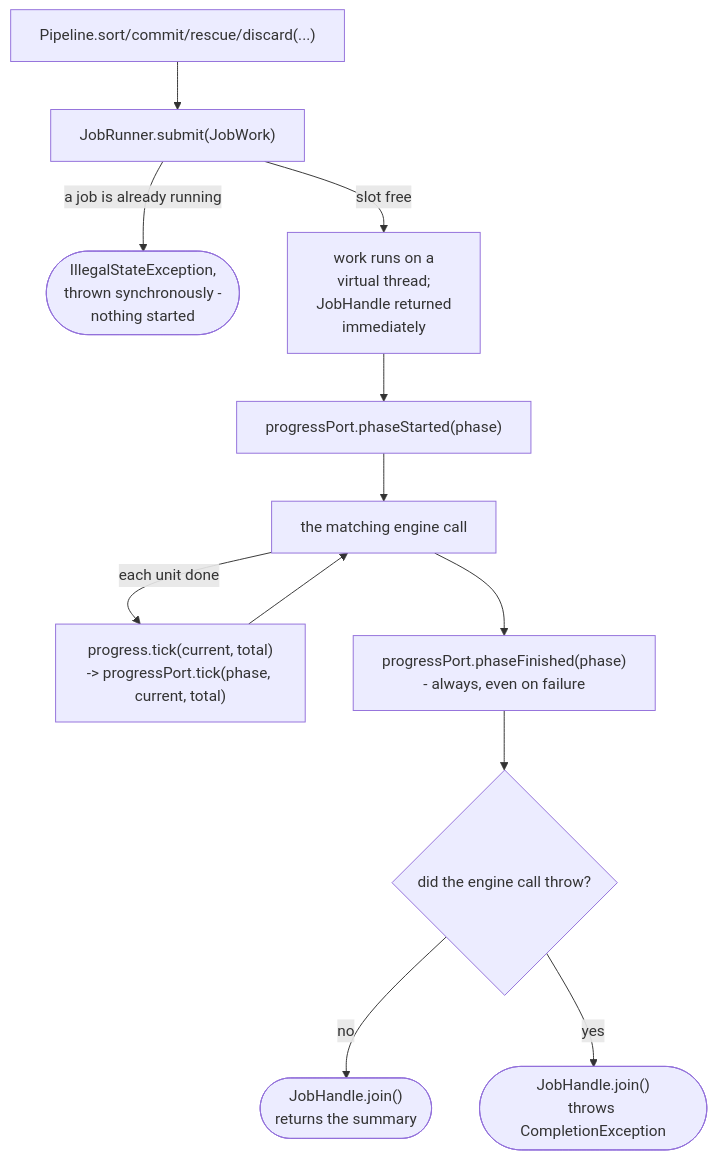
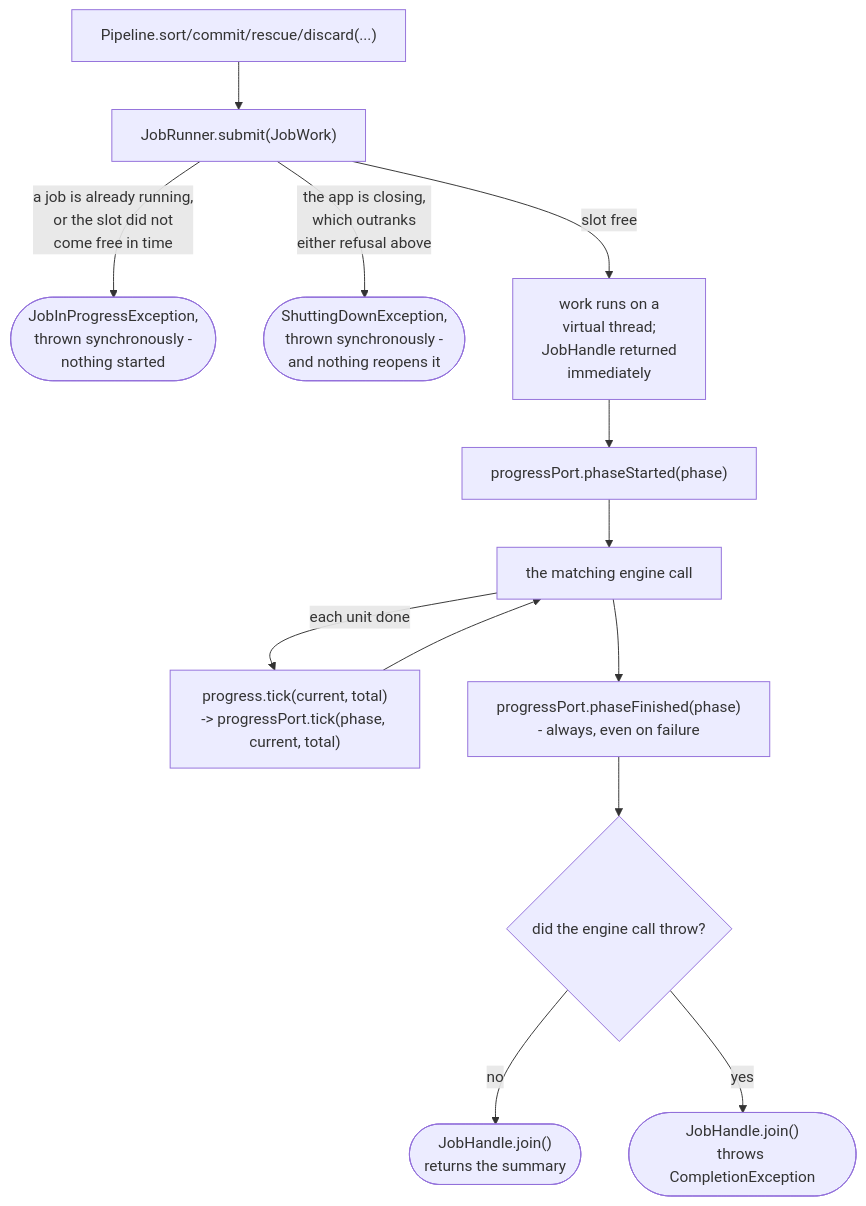
The diagram in app/docs/design/application/service/pipeline.md (AdrianNachev91/sluice), drawn with Mermaid before and after one commit. The commit also changed other lines of this file and 12 other files, not shown here.

````diff
--- a/app/docs/design/application/service/pipeline.md
+++ b/app/docs/design/application/service/pipeline.md
@@ -26,14 +35,15 @@
 ```mermaid
 flowchart TD
     A["Pipeline.sort/commit/rescue/discard(...)"] --> B["JobRunner.submit(JobWork)"]
-    B -- " a job is already running " --> Z(["IllegalStateException,<br/>thrown synchronously -<br/>nothing started"])
+    B -- " a job is already running,<br/>or the slot did not<br/>come free in time " --> Z(["JobInProgressException,<br/>thrown synchronously -<br/>nothing started"])
+    B -- " the app is closing,<br/>which outranks<br/>either refusal above " --> Y(["ShuttingDownException,<br/>thrown synchronously -<br/>and nothing reopens it"])
     B -- " slot free " --> C["work runs on a<br/>virtual thread;<br/>JobHandle returned<br/>immediately"]
     C --> D["progressPort.phaseStarted(phase)"]
     D --> E["the matching engine call"]
     E -- " each unit done " --> F["progress.tick(current, total)<br/>-> progressPort.tick(phase, current, total)"]
     F --> E
     E --> G["progressPort.phaseFinished(phase)<br/>- always, even on failure"]
     G --> H{"did the engine call throw?"}
     H -- " no " --> I(["JobHandle.join()<br/>returns the summary"])
     H -- " yes " --> J(["JobHandle.join()<br/>throws CompletionException"])
 ```
````
